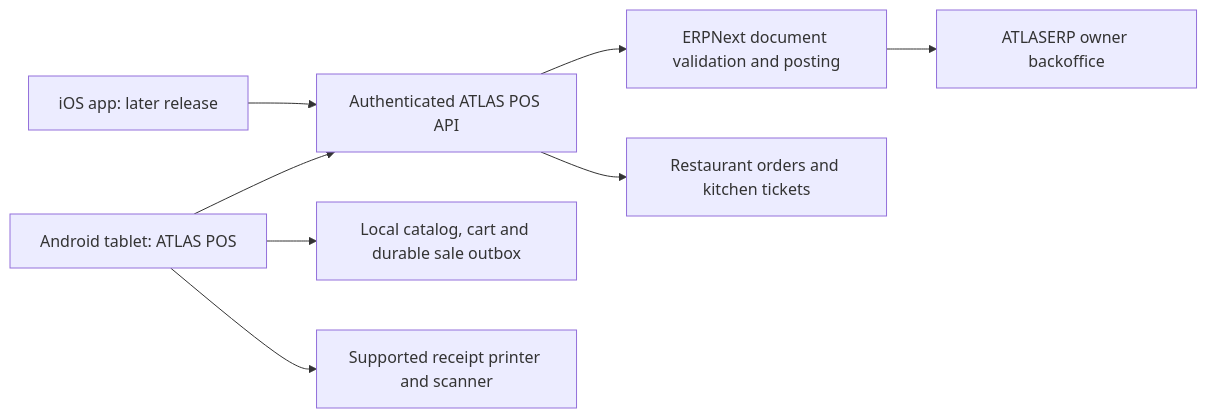
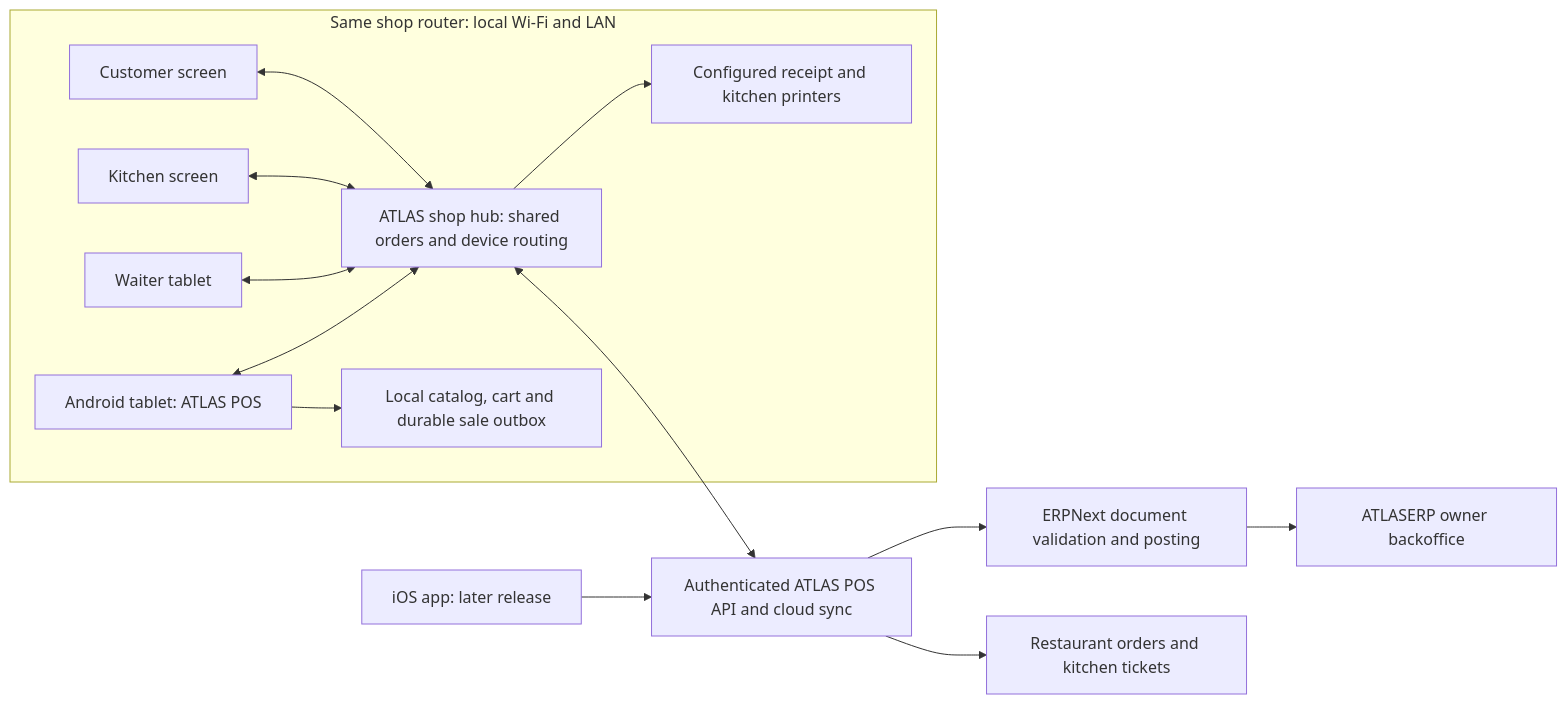
One commit to alaebouhmaladev/AtlasErp changed the diagram in docs/atlas/MOBILE_POS.md. Above: the diagram before and after it, drawn with Mermaid. The commit also changed other lines of this file and 4 other files, not shown here.

Commit message:
docs: design shared-router POS devices and offline shop hub

````diff
--- a/docs/atlas/MOBILE_POS.md
+++ b/docs/atlas/MOBILE_POS.md
@@ -46,10 +48,16 @@
 ```mermaid
 flowchart LR
-  Tablet[Android tablet: ATLAS POS] --> API[Authenticated ATLAS POS API]
-  Tablet --> Local[Local catalog, cart and durable sale outbox]
-  Tablet --> Printer[Supported receipt printer and scanner]
+  subgraph Shop[Same shop router: local Wi-Fi and LAN]
+    Tablet[Android tablet: ATLAS POS] <--> Hub[ATLAS shop hub: shared orders and device routing]
+    Waiter[Waiter tablet] <--> Hub
+    Kitchen[Kitchen screen] <--> Hub
+    Display[Customer screen] <--> Hub
+    Hub --> Printer[Configured receipt and kitchen printers]
+    Tablet --> Local[Local catalog, cart and durable sale outbox]
+  end
+  Hub <--> API[Authenticated ATLAS POS API and cloud sync]
   API --> ERP[ERPNext document validation and posting]
   ERP --> Office[ATLASERP owner backoffice]
   API --> Restaurant[Restaurant orders and kitchen tickets]
   Later[iOS app: later release] --> API
 ```
````
